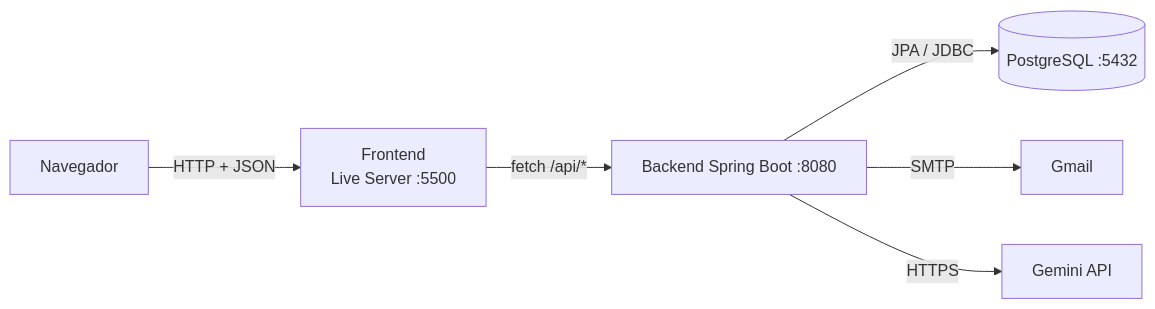
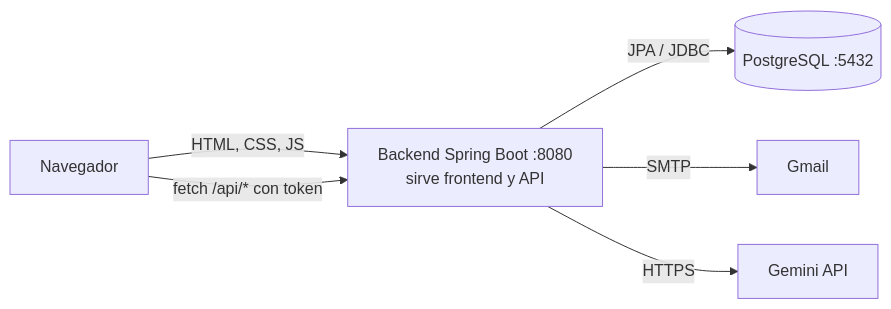
The first of 2 diagrams in ARQUITECTURA.md (VictorM-L/vamospet-web), drawn with Mermaid before and after one commit. The commit also changed other lines of this file and 256 other files, not shown here.

````diff
--- a/ARQUITECTURA.md
+++ b/ARQUITECTURA.md
@@ -15,8 +15,8 @@
 ```mermaid
 flowchart LR
-  U[Navegador] -->|HTTP + JSON| F[Frontend<br/>Live Server :5500]
-  F -->|fetch /api/*| B[Backend Spring Boot :8080]
+  U[Navegador] -->|HTML, CSS, JS| B[Backend Spring Boot :8080<br/>sirve frontend y API]
+  U -->|fetch /api/* con token| B
   B -->|JPA / JDBC| D[(PostgreSQL :5432)]
   B -->|SMTP| M[Gmail]
   B -->|HTTPS| G[Gemini API]
 ```
````
